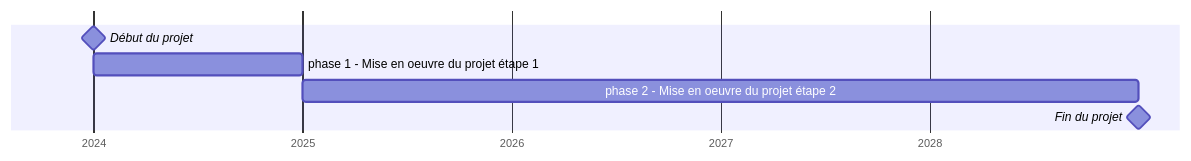
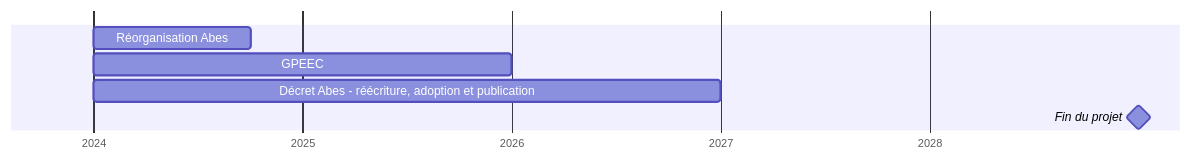
One commit to abes-esr/projet2024 changed the sixth of 6 diagrams in versioned_docs/version-2.2/projet2024-calendrier.md. Above: the diagram before and after it, drawn with Mermaid. The commit also changed other lines of this file and 5 other files, not shown here.

````diff
--- a/versioned_docs/version-2.2/projet2024-calendrier.md
+++ b/versioned_docs/version-2.2/projet2024-calendrier.md
@@ -9,11 +126,12 @@
 ```mermaid
 gantt
     tickInterval  6month
     axisFormat %Y
     dateFormat YYYY-MM-DD
 
-    Début du projet         :milestone,2024-01-01,0d
-      phase 1 - Mise en oeuvre du projet étape 1    :2024-01-01,2024-12-31
-      phase 2 - Mise en oeuvre du projet étape 2    :2025-01-01,2028-12-31
+      Réorganisation Abes      :o1,2024-01-01,2024-10-01
+      GPEEC                    :o2,2024-01-01,2025-12-31
+      Décret Abes - réécriture, adoption et publication :o4,2024-01-01,2026-12-31
+
     Fin du projet           :milestone,2028-12-31,0d
 ```
````
